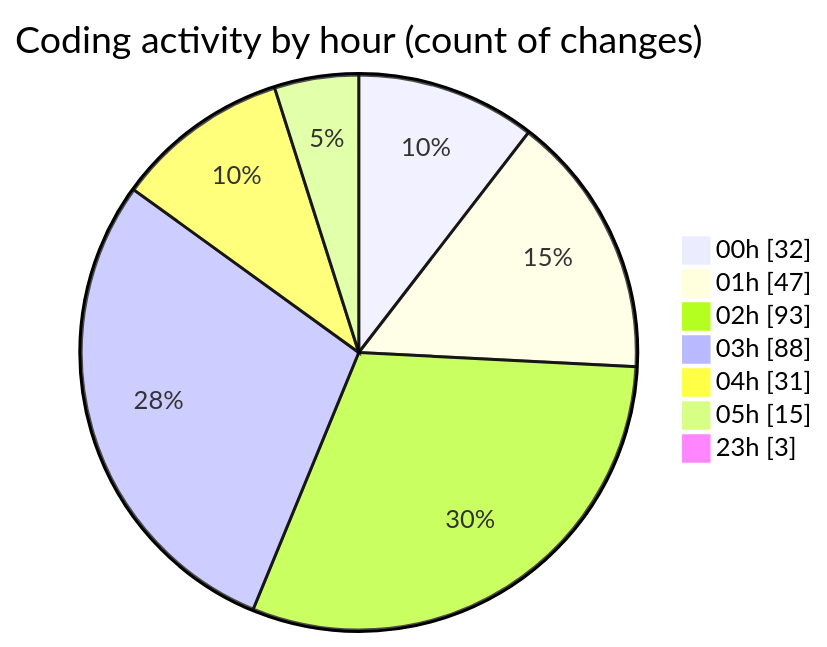
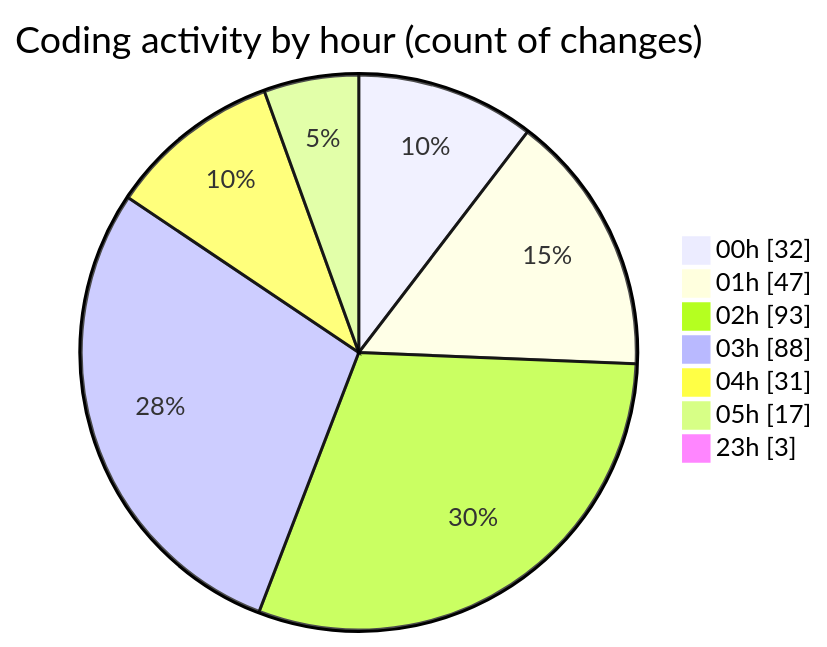
Before and after one commit to lephambinh05/code-tracking: the second of 2 diagrams in 2025-07-28/quanlyrapchieuphim-1/README.md, drawn with Mermaid. The commit also changed other lines of this file and 1 other file, not shown here.

````diff
--- a/2025-07-28/quanlyrapchieuphim-1/README.md
+++ b/2025-07-28/quanlyrapchieuphim-1/README.md
@@ -72,11 +72,11 @@
 ```mermaid
 pie showData
 title Coding activity by hour (count of changes)
 "00h" : 32
 "01h" : 47
 "02h" : 93
 "03h" : 88
 "04h" : 31
-"05h" : 15
+"05h" : 17
 "23h" : 3
 ```
````
